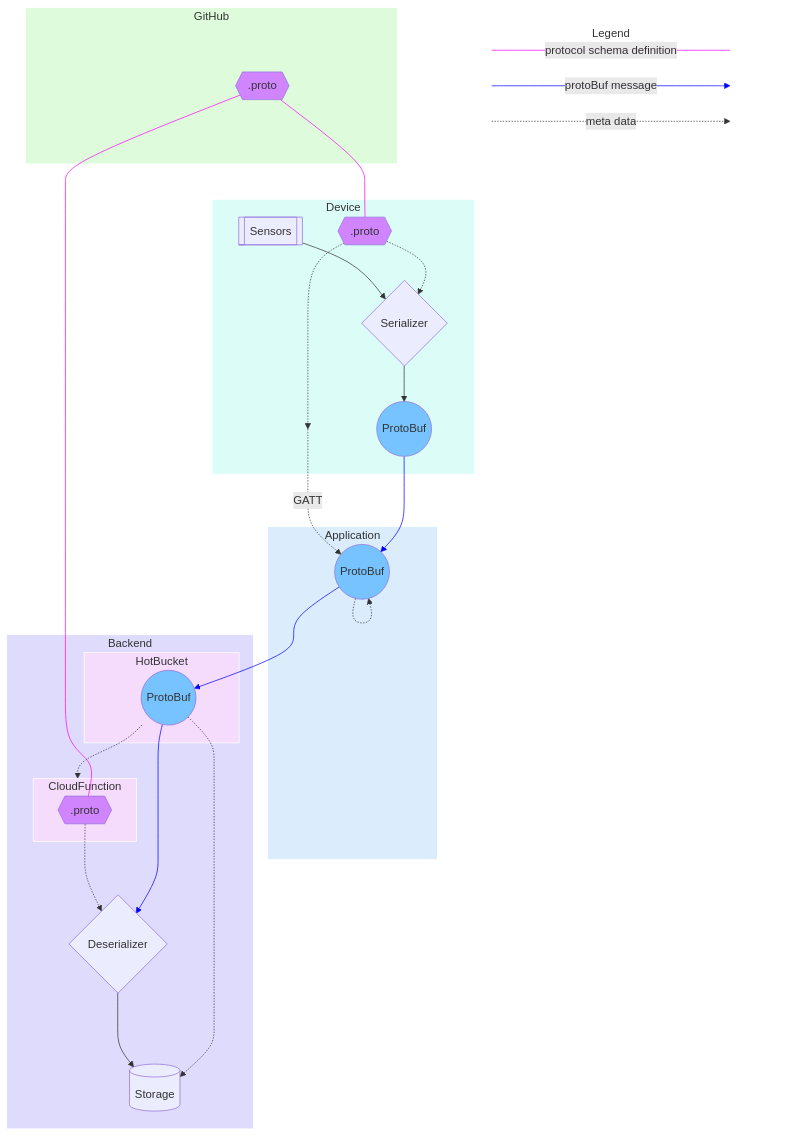
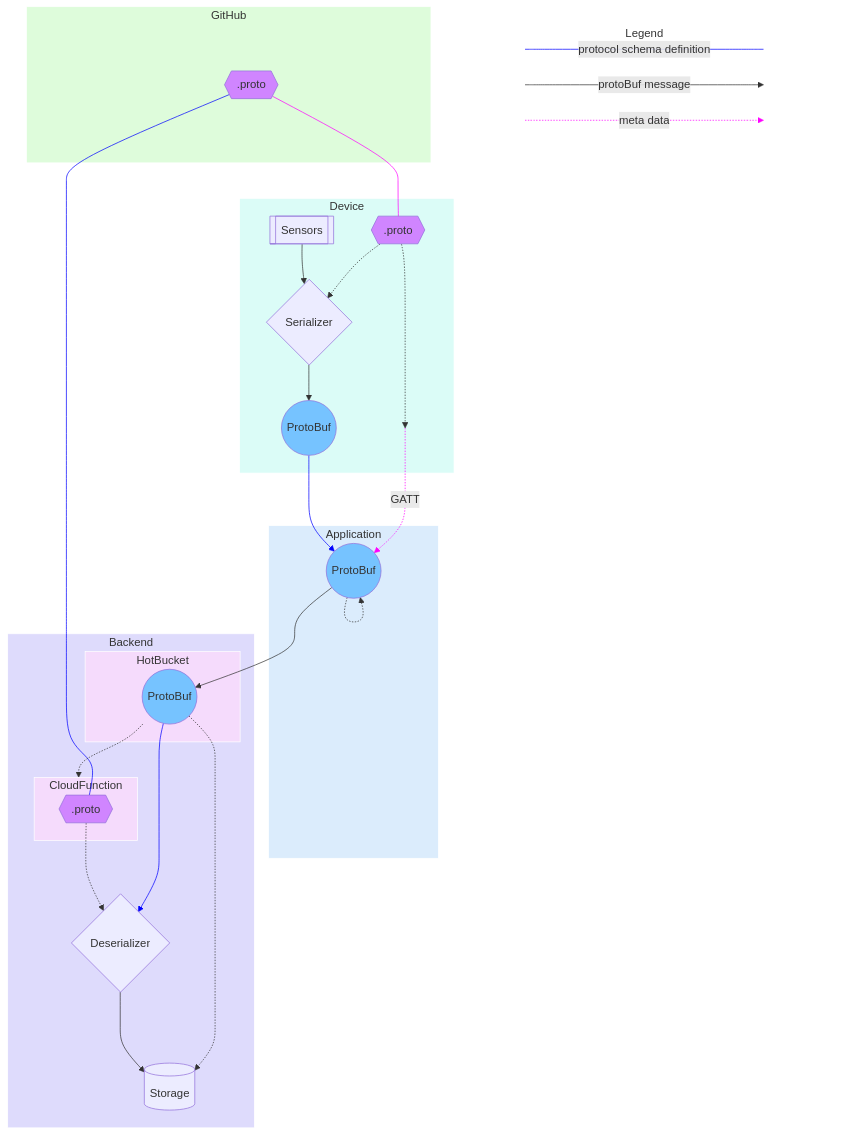
One commit to bertranddelvaux/sample_data changed the fourth of 4 diagrams in README.md. Above: the diagram before and after it, drawn with Mermaid. The commit also changed other lines of this file, not shown here.

````diff
--- a/README.md
+++ b/README.md
@@ -48,73 +48,73 @@
 ```mermaid
 flowchart TB
+    a -.->|GATT| F
     subgraph Legend
       direction LR
       start1[ ] ----|protocol schema definition| stop1[ ]
       style start1 height:0px;
       style stop1 height:0px;
       start2[ ] --->|protoBuf message| stop2[ ]
       style start2 height:0px;
       style stop2 height:0px; 
       start3[ ] -..->|meta data| stop3[ ]
       style start3 height:0px;
       style stop3 height:0px; 
     end
     A --- B & I
     E --> F
     F --> G
-    a -.->|GATT| F
     F[ ] -.->|<account_id>\n<user_id>\n<recording_mode>\n<hash_commit>\n<protocol_id>| F
     subgraph GitHub
         A{{.proto}}
     end
     subgraph Device
         B{{.proto}}
         C[[Sensors]]
         D{Serializer}
         E((ProtoBuf))
         a[ ]
         B -.-> D
         B -.->|<protocol_id>\n<hash_commit>| a
         C --> D
         D --> E
     end
     subgraph Application
         F((ProtoBuf))
     end
     subgraph Backend
         subgraph HotBucket
             G((ProtoBuf))
         end
         subgraph CloudFunction
             I{{.proto}}
         end
         J{Deserializer}
         K[(Storage)]
         G -.->|<account_id>\n<user_id>\n<recording_mode>| K
         G --> J
         I -.-> J
         J ---> K
         G -.->|\n<hash_commit>\n<protocol_id>| CloudFunction
     end
     style GitHub fill:#DEFCDBFF, stroke:white;
     style Device fill:#DBFCF7FF, stroke:white; 
     style Application fill:#DBECFCFF, stroke:white;
     style Backend fill:#DEDBFCFF, stroke:white;
     style CloudFunction fill:#F5DBFCFF, stroke:white;
     style HotBucket fill:#F5DBFCFF, stroke:white;
     style Legend fill:#FFFFFF77, stroke:white;
     style A fill:#D085FFFF;
     style B fill:#D085FFFF;
     style I fill:#D085FFFF;
     linkStyle 0 stroke:magenta;
     linkStyle 1 stroke:blue;
     linkStyle 3 stroke:magenta;
     linkStyle 4 stroke:magenta;
     linkStyle 5 stroke:blue;
     linkStyle 6 stroke:blue;
     linkStyle 14 stroke:blue;
     style E fill:#76C3FFFF;
     style F fill:#76C3FFFF;
     style G fill:#76C3FFFF;
     style a height:0px;
 ```
````
